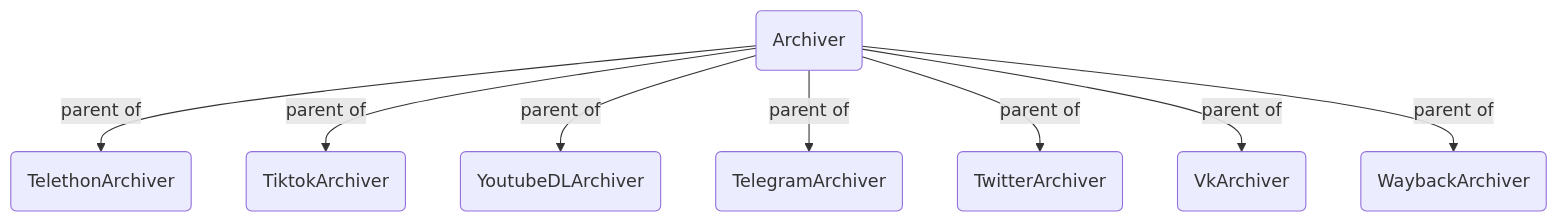
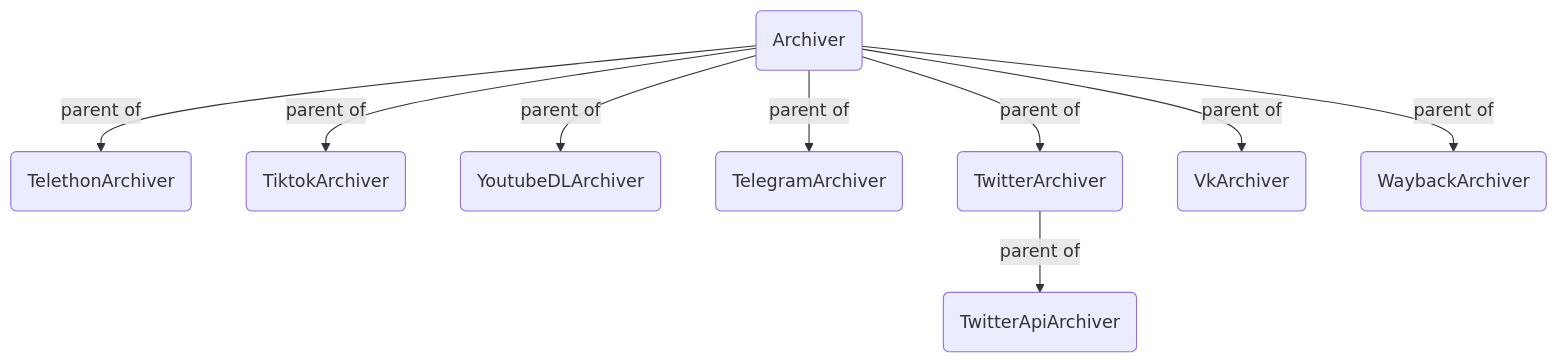
The first of 2 diagrams in README.md (bellingcat/auto-archiver), drawn with Mermaid before and after one commit. The commit also changed 12 other files, not shown here.

````diff
--- a/README.md
+++ b/README.md
@@ -154,10 +154,11 @@
 ```mermaid
 graph TD
     A(Archiver) -->|parent of| B(TelethonArchiver)
     A -->|parent of| C(TiktokArchiver)
     A -->|parent of| D(YoutubeDLArchiver)
     A -->|parent of| E(TelegramArchiver)
     A -->|parent of| F(TwitterArchiver)
     A -->|parent of| G(VkArchiver)
     A -->|parent of| H(WaybackArchiver)
+    F -->|parent of| I(TwitterApiArchiver)
 ```
````
